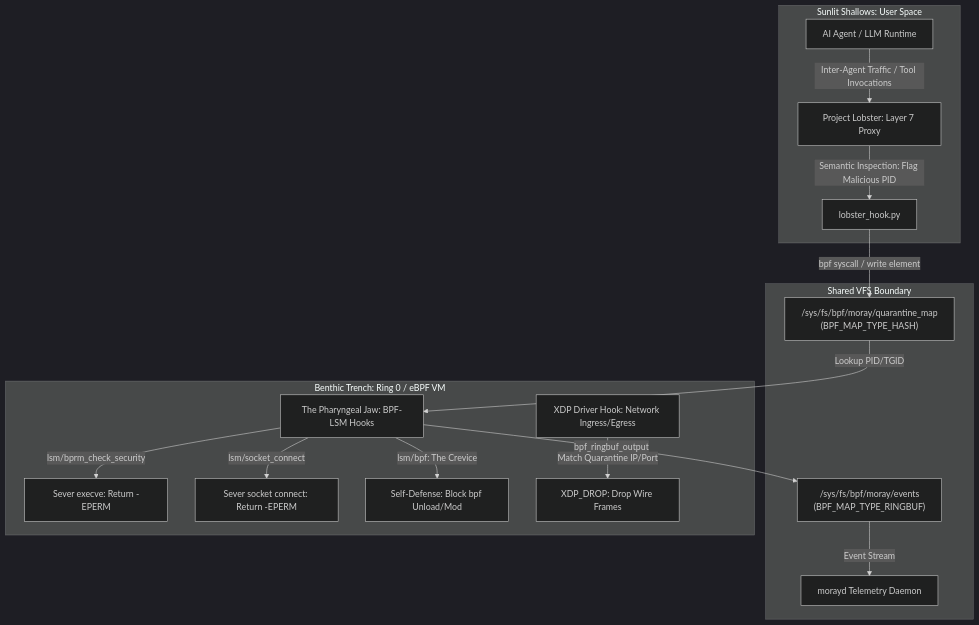
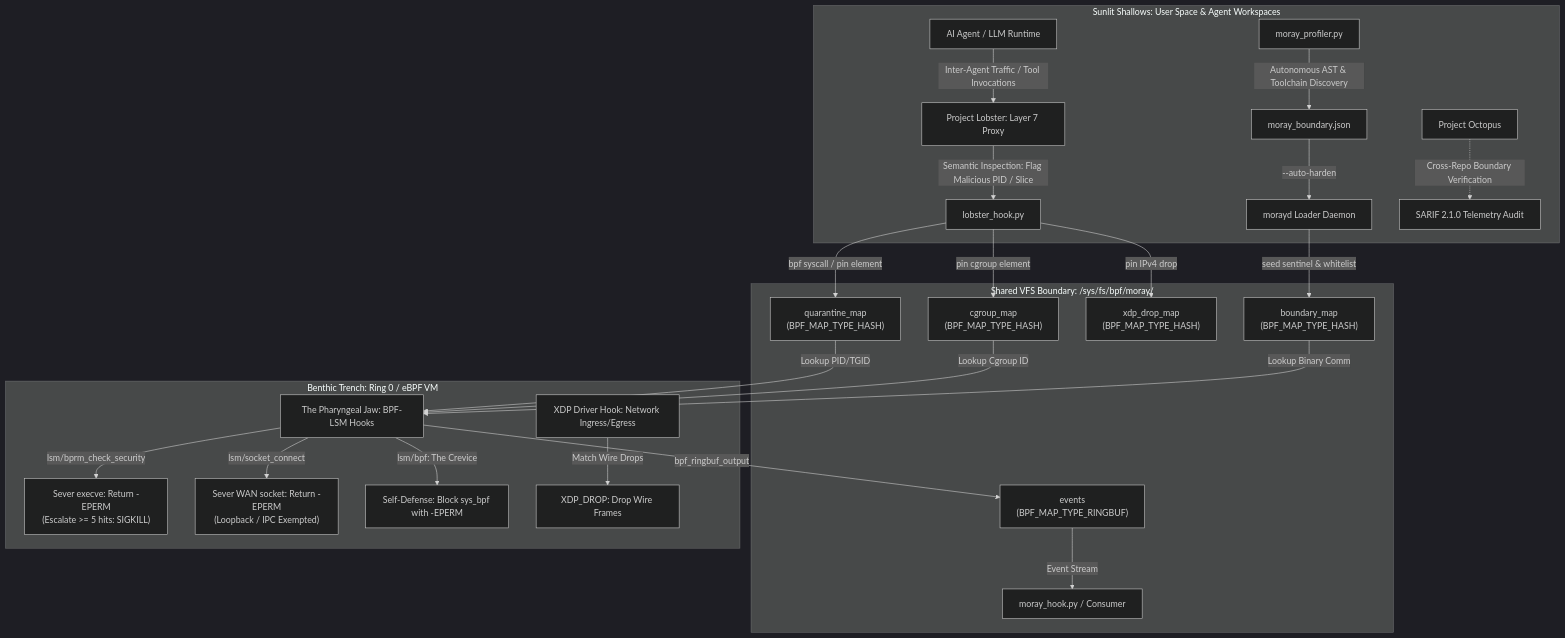
Before and after one commit to codebyangelo/project-moray: the diagram in docs/ARCHITECTURE.md, drawn with Mermaid (dark theme). The commit also changed other lines of this file and 4 other files, not shown here.

````diff
--- a/docs/ARCHITECTURE.md
+++ b/docs/ARCHITECTURE.md
@@ -15,21 +15,29 @@
 ```mermaid
 graph TD
-    subgraph User Space [Sunlit Shallows: User Space]
+    subgraph User Space [Sunlit Shallows: User Space & Agent Workspaces]
         A[AI Agent / LLM Runtime] -->|Inter-Agent Traffic / Tool Invocations| B[Project Lobster: Layer 7 Proxy]
-        B -->|Semantic Inspection: Flag Malicious PID| C[lobster_hook.py]
+        B -->|Semantic Inspection: Flag Malicious PID / Slice| C[lobster_hook.py]
+        P[moray_profiler.py] -->|Autonomous AST & Toolchain Discovery| J[moray_boundary.json]
+        J -->|--auto-harden| F[morayd Loader Daemon]
+        O[Project Octopus] -.->|Cross-Repo Boundary Verification| S[SARIF 2.1.0 Telemetry Audit]
     end
 
-    subgraph BPF FS [Shared VFS Boundary]
-        C -->|bpf syscall / write element| D["/sys/fs/bpf/moray/quarantine_map<br/>(BPF_MAP_TYPE_HASH)"]
-        E["/sys/fs/bpf/moray/events<br/>(BPF_MAP_TYPE_RINGBUF)"] -->|Event Stream| F[morayd Telemetry Daemon]
+    subgraph BPF FS [Shared VFS Boundary: /sys/fs/bpf/moray/]
+        C -->|bpf syscall / pin element| D["quarantine_map<br/>(BPF_MAP_TYPE_HASH)"]
+        C -->|pin cgroup element| CG["cgroup_map<br/>(BPF_MAP_TYPE_HASH)"]
+        C -->|pin IPv4 drop| X["xdp_drop_map<br/>(BPF_MAP_TYPE_HASH)"]
+        F -->|seed sentinel & whitelist| W["boundary_map<br/>(BPF_MAP_TYPE_HASH)"]
+        E["events<br/>(BPF_MAP_TYPE_RINGBUF)"] -->|Event Stream| H[moray_hook.py / Consumer]
     end
 
     subgraph Kernel Space [Benthic Trench: Ring 0 / eBPF VM]
         D -->|Lookup PID/TGID| G[The Pharyngeal Jaw: BPF-LSM Hooks]
-        G -->|lsm/bprm_check_security| H[Sever execve: Return -EPERM]
-        G -->|lsm/socket_connect| I[Sever socket connect: Return -EPERM]
-        G -->|lsm/bpf: The Crevice| J[Self-Defense: Block bpf Unload/Mod]
-        K[XDP Driver Hook: Network Ingress/Egress] -->|Match Quarantine IP/Port| L[XDP_DROP: Drop Wire Frames]
+        CG -->|Lookup Cgroup ID| G
+        W -->|Lookup Binary Comm| G
+        G -->|lsm/bprm_check_security| S1["Sever execve: Return -EPERM<br/>(Escalate >= 5 hits: SIGKILL)"]
+        G -->|lsm/socket_connect| S2["Sever WAN socket: Return -EPERM<br/>(Loopback / IPC Exempted)"]
+        G -->|lsm/bpf: The Crevice| S3[Self-Defense: Block sys_bpf with -EPERM]
+        K[XDP Driver Hook: Network Ingress/Egress] -->|Match Wire Drops| S4[XDP_DROP: Drop Wire Frames]
         G -->|bpf_ringbuf_output| E
     end
 ```
````
